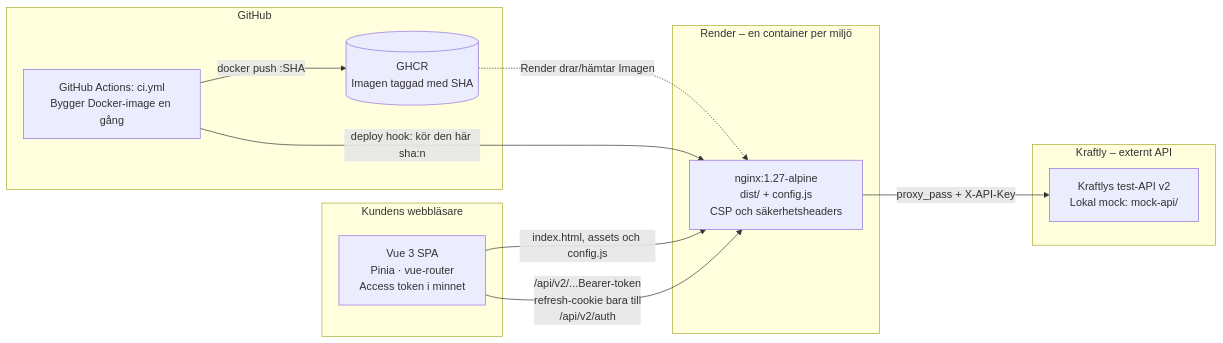
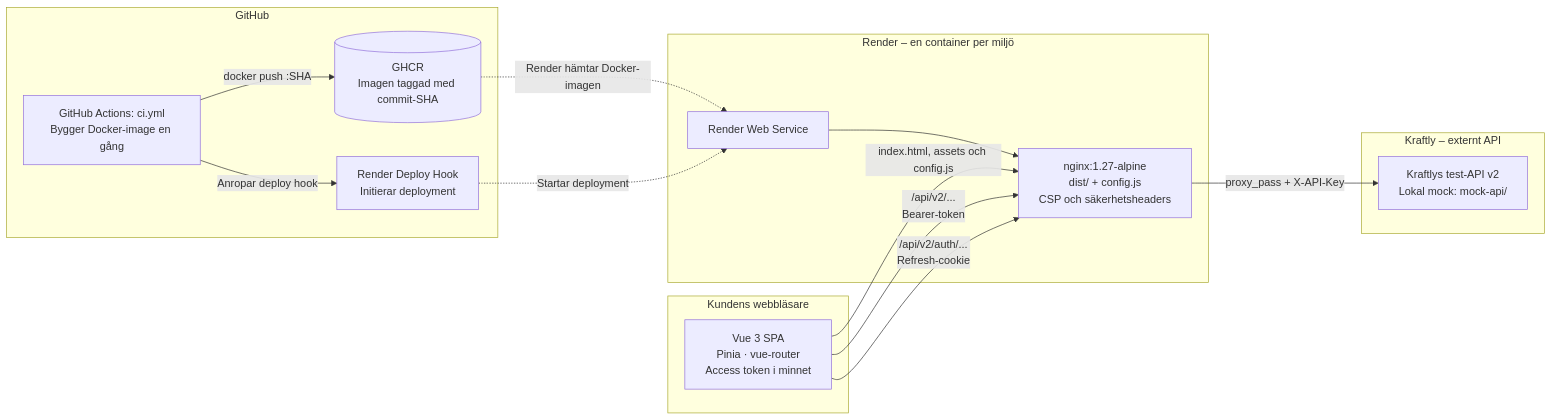
The diagram in docs/arkitekture.md (suzan-al-majdalawi/kraftly-suzan-team), drawn with Mermaid before and after one commit. The commit also changed other lines of this file, not shown here.

Commit message:
docs: align architecture documentation with Mermaid diagram

````diff
--- a/docs/arkitekture.md
+++ b/docs/arkitekture.md
@@ -11,31 +13,38 @@
 ```mermaid
 flowchart LR
 
     subgraph GitHub["GitHub"]
         CI["GitHub Actions: ci.yml<br/>Bygger Docker-image en gång"]
-        GHCR[("GHCR<br/>Imagen taggad med SHA")]
+        GHCR[("GHCR<br/>Imagen taggad med commit-SHA")]
+        DEPLOY["Render Deploy Hook<br/>Initierar deployment"]
 
         CI -->|"docker push :SHA"| GHCR
-
+        CI -->|"Anropar deploy hook"| DEPLOY
     end
 
     subgraph Browser["Kundens webbläsare"]
         SPA["Vue 3 SPA<br/>Pinia · vue-router<br/>Access token i minnet"]
     end
 
     subgraph Render["Render – en container per miljö"]
+        SERVICE["Render Web Service"]
         NGINX["nginx:1.27-alpine<br/>dist/ + config.js<br/>CSP och säkerhetsheaders"]
+
+        SERVICE --> NGINX
     end
 
     subgraph ExternalAPI["Kraftly – externt API"]
         API["Kraftlys test-API v2<br/>Lokal mock: mock-api/"]
     end
 
-    GHCR -.->|"Render drar/hämtar Imagen"| NGINX
-    CI -->|"deploy hook: kör den här sha:n"| NGINX
+    GHCR -.->|"Render hämtar Docker-imagen"| SERVICE
+    DEPLOY -.->|"Startar deployment"| SERVICE
 
     SPA -->|"index.html, assets och config.js"| NGINX
-    SPA -->|"/api/v2/...Bearer-token <br/>refresh-cookie bara till <br/>/api/v2/auth"| NGINX
+
+    SPA -->|"/api/v2/...<br/>Bearer-token"| NGINX
+
+    SPA -->|"/api/v2/auth/...<br/>Refresh-cookie"| NGINX
 
     NGINX -->|"proxy_pass + X-API-Key"| API
 ```
````
